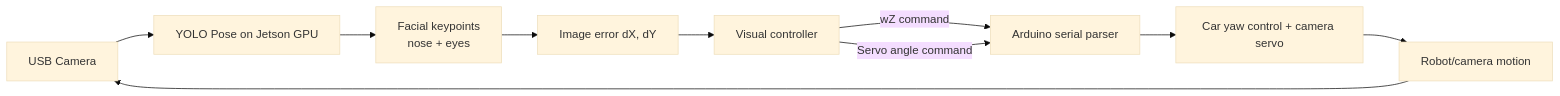
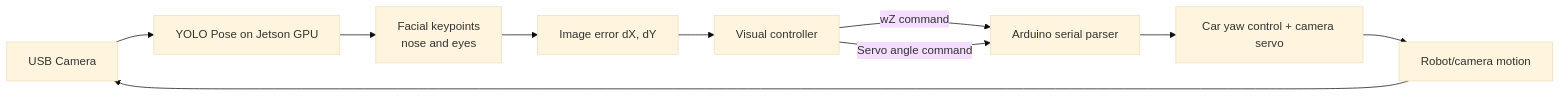
One commit to ClemDFZ/rc_control changed the second of 2 diagrams in README.md. Above: the diagram before and after it, drawn with Mermaid (base theme). The commit also changed other lines of this file, not shown here.

Commit message:
FIX: readme diagram

````diff
--- a/README.md
+++ b/README.md
@@ -148,12 +148,12 @@
 ```mermaid
 flowchart LR
     A[USB Camera] --> B[YOLO Pose on Jetson GPU]
-    B --> C[Facial keypoints\nnose + eyes]
+    B --> C[Facial keypoints<br/>nose and eyes]
     C --> D[Image error dX, dY]
     D --> E[Visual controller]
     E -->|wZ command| F[Arduino serial parser]
     E -->|Servo angle command| F
     F --> G[Car yaw control + camera servo]
     G --> H[Robot/camera motion]
     H --> A
 ```
````
